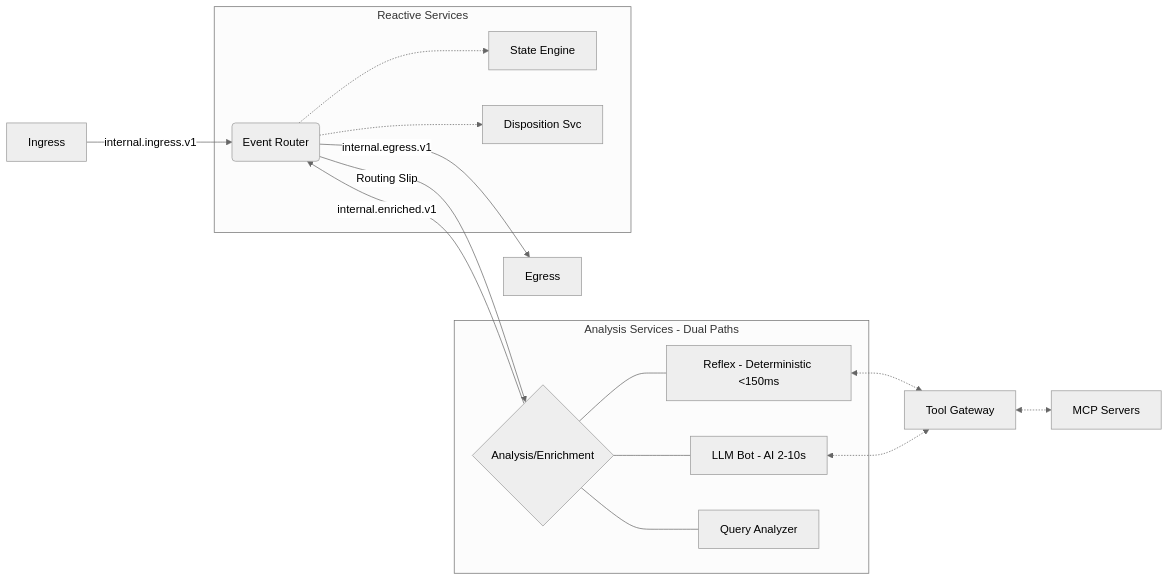
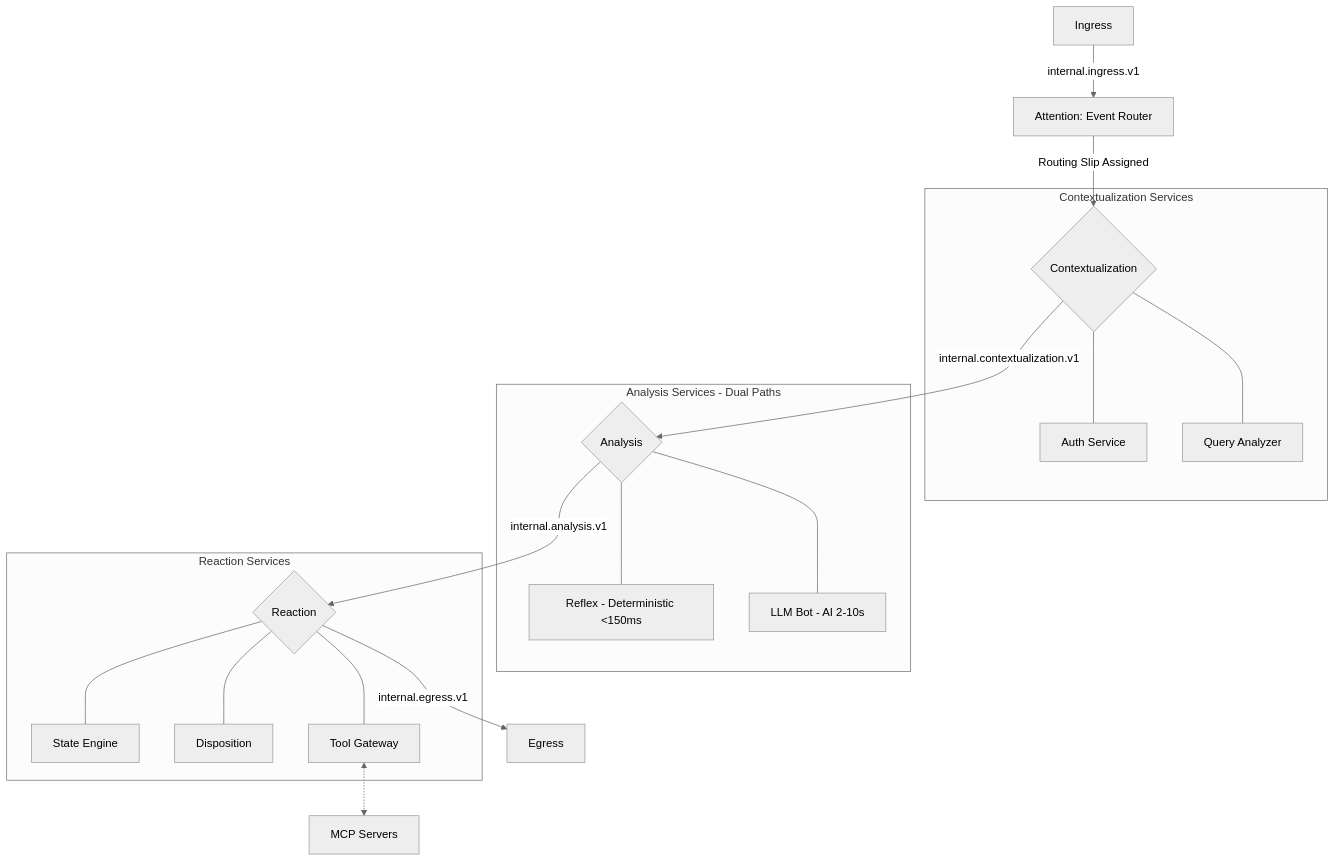
One commit to cnavta/BitBrat changed the diagram in documentation/concepts/platform-flow.md. Above: the diagram before and after it, drawn with Mermaid (neutral theme). The commit also changed other lines of this file and 15 other files, not shown here.

First line of the commit message:
docs: Sprint 341 - Agent flow pattern documentation and terminology migration

````diff
--- a/documentation/concepts/platform-flow.md
+++ b/documentation/concepts/platform-flow.md
@@ -9,21 +13,29 @@
 ```mermaid
-graph LR
-    A[Ingress] -->|internal.ingress.v1| B(Event Router)
-    B -->|Routing Slip| C{Analysis/Enrichment}
-    C -->|internal.enriched.v1| B
-    B -->|internal.egress.v1| D[Egress]
+graph TB
+    I[Ingress] -->|internal.ingress.v1| ATT[Attention: Event Router]
+    ATT -->|Routing Slip Assigned| CTX{Contextualization}
+
+    subgraph Contextualization Services
+    CTX --- AUTH[Auth Service]
+    CTX --- QA[Query Analyzer]
+    end
+
+    CTX -->|internal.contextualization.v1| ANLZ{Analysis}
 
     subgraph Analysis Services - Dual Paths
-    C --- RFX[Reflex - Deterministic <150ms]
-    C --- LLM[LLM Bot - AI 2-10s]
-    C --- QA[Query Analyzer]
+    ANLZ --- RFX[Reflex - Deterministic <150ms]
+    ANLZ --- LLM[LLM Bot - AI 2-10s]
     end
 
-    subgraph Reactive Services
-    B -.-> SE[State Engine]
-    B -.-> DS[Disposition Svc]
+    ANLZ -->|internal.analysis.v1| REACT{Reaction}
+
+    subgraph Reaction Services
+    REACT --- SE[State Engine]
+    REACT --- DS[Disposition]
+    REACT --- TG[Tool Gateway]
     end
 
-    RFX & LLM <-.-> TG[Tool Gateway]
+    REACT -->|internal.egress.v1| EGR[Egress]
+
     TG <-.-> MCP[MCP Servers]
 ```
````
